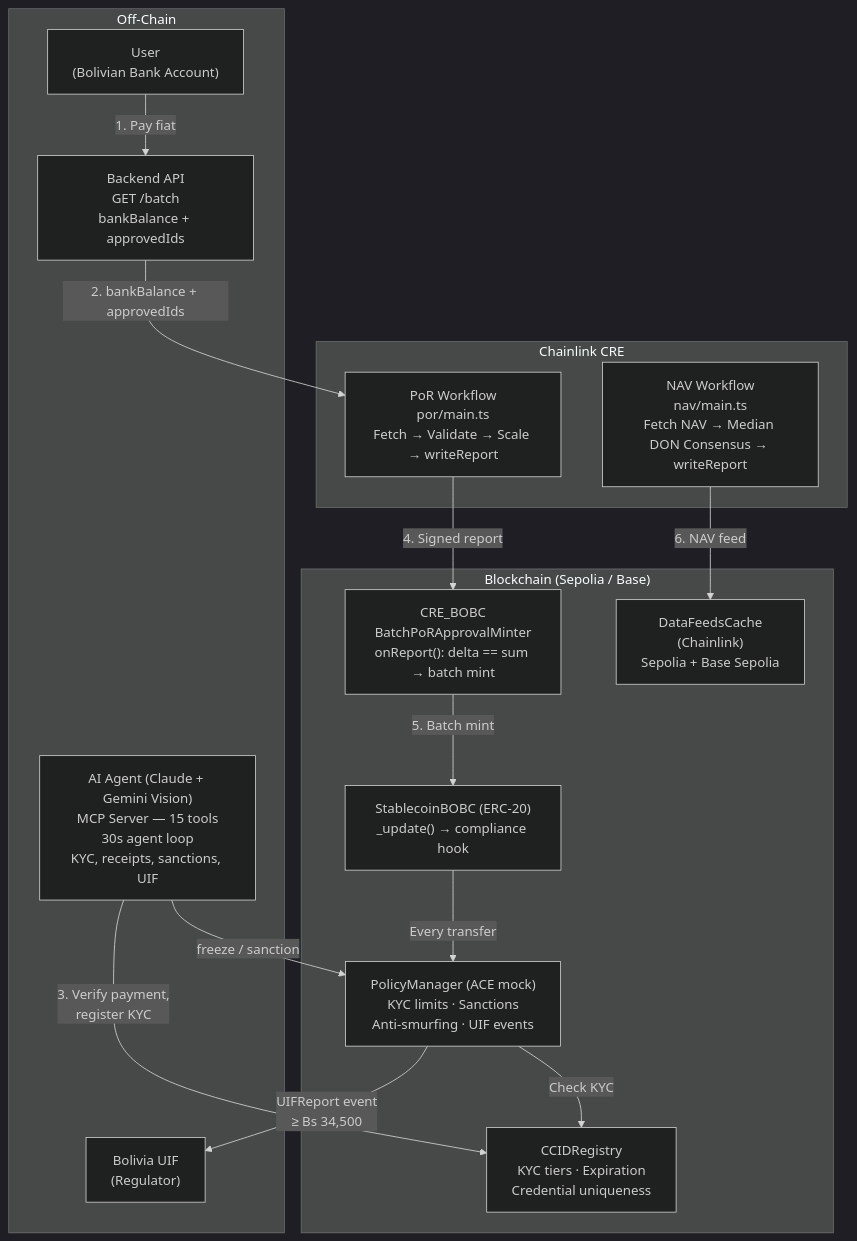
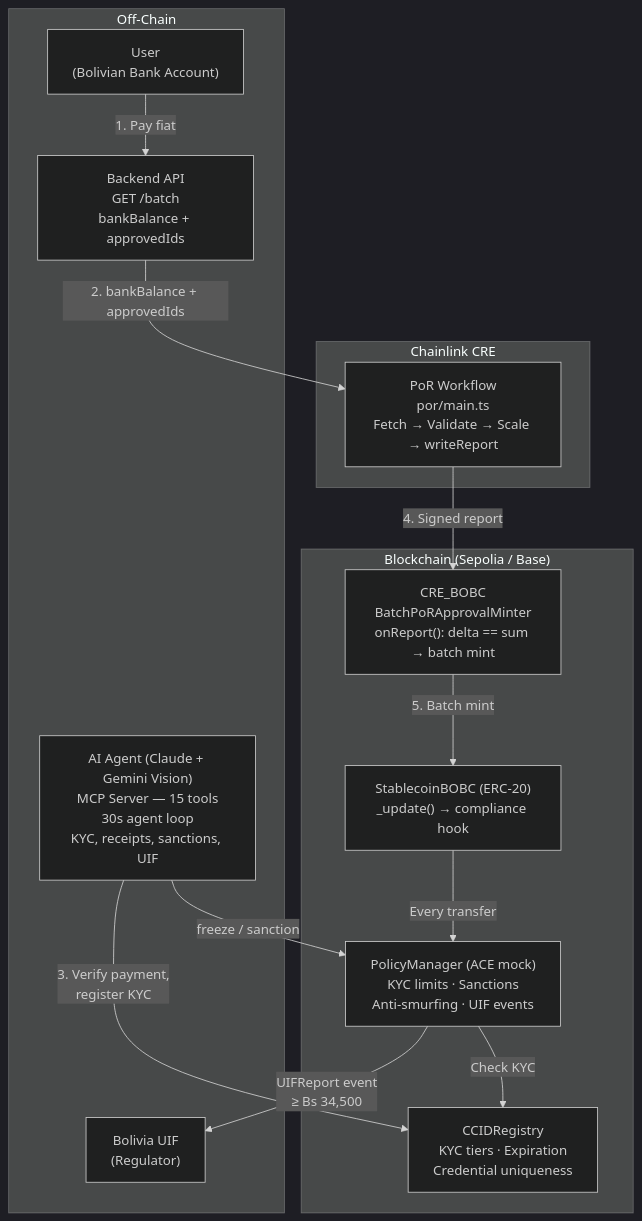
Before and after one commit to fabriciojallaza/bobc: the first of 2 diagrams in README.md, drawn with Mermaid (dark theme). The commit also changed other lines of this file, not shown here.

Commit message:
docs: Remove references to NAV workflow and DataFeedsCache from README

````diff
--- a/README.md
+++ b/README.md
@@ -32,33 +32,30 @@
 ```mermaid
 flowchart TB
     subgraph OFF["Off-Chain"]
         USER["User\n(Bolivian Bank Account)"]
         API["Backend API\nGET /batch\nbankBalance + approvedIds"]
         MCP["AI Agent (Claude + Gemini Vision)\nMCP Server — 15 tools\n30s agent loop\nKYC, receipts, sanctions, UIF"]
         UIF["Bolivia UIF\n(Regulator)"]
     end
 
     subgraph CRE["Chainlink CRE"]
         POR["PoR Workflow\npor/main.ts\nFetch → Validate → Scale → writeReport"]
-        NAV["NAV Workflow\nnav/main.ts\nFetch NAV → Median DON Consensus → writeReport"]
     end
 
     subgraph CHAIN["Blockchain (Sepolia / Base)"]
         BOBC["CRE_BOBC\nBatchPoRApprovalMinter\nonReport(): delta == sum → batch mint"]
         TOKEN["StablecoinBOBC (ERC-20)\n_update() → compliance hook"]
         POLICY["PolicyManager (ACE mock)\nKYC limits · Sanctions\nAnti-smurfing · UIF events"]
         CCID["CCIDRegistry\nKYC tiers · Expiration\nCredential uniqueness"]
-        DFC["DataFeedsCache\n(Chainlink)\nSepolia + Base Sepolia"]
     end
 
     USER -- "1. Pay fiat" --> API
     API -- "2. bankBalance + approvedIds" --> POR
     MCP -- "3. Verify payment,\nregister KYC" --> CCID
     MCP -- "freeze / sanction" --> POLICY
     POR -- "4. Signed report" --> BOBC
     BOBC -- "5. Batch mint" --> TOKEN
     TOKEN -- "Every transfer" --> POLICY
     POLICY -- "Check KYC" --> CCID
     POLICY -- "UIFReport event\n≥ Bs 34,500" --> UIF
-    NAV -- "6. NAV feed" --> DFC
 ```
````
